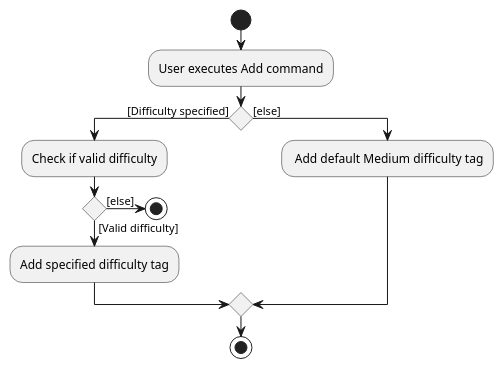
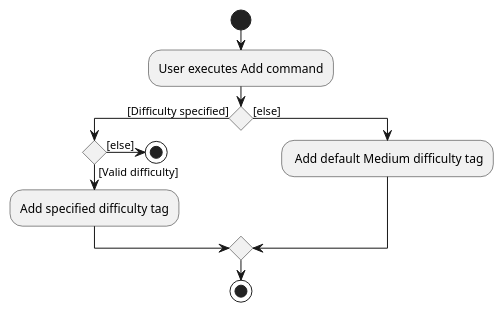
Before and after one commit to zhizhizhizhizhi/tp: the diagram in docs/diagrams/DifficultyTagActivityDiagram.puml, drawn with PlantUML. The commit also changed 2 other files, not shown here.

Commit message:
Update header tags and diagram

```diff
--- a/docs/diagrams/DifficultyTagActivityDiagram.puml
+++ b/docs/diagrams/DifficultyTagActivityDiagram.puml
@@ -1,19 +1,18 @@
 @startuml
 start
 :User executes Add command;
 
 'Since the beta syntax does not support placing the condition outside the
 'diamond we place it as the true branch instead.
 
 if () then ([Difficulty specified])
-    :Check if valid difficulty;
     if () then ([Valid difficulty])
     :Add specified difficulty tag;
     else ([else])
         stop
     endif
    else ([else])
        : Add default Medium difficulty tag;
 endif
 stop
 @enduml
```
